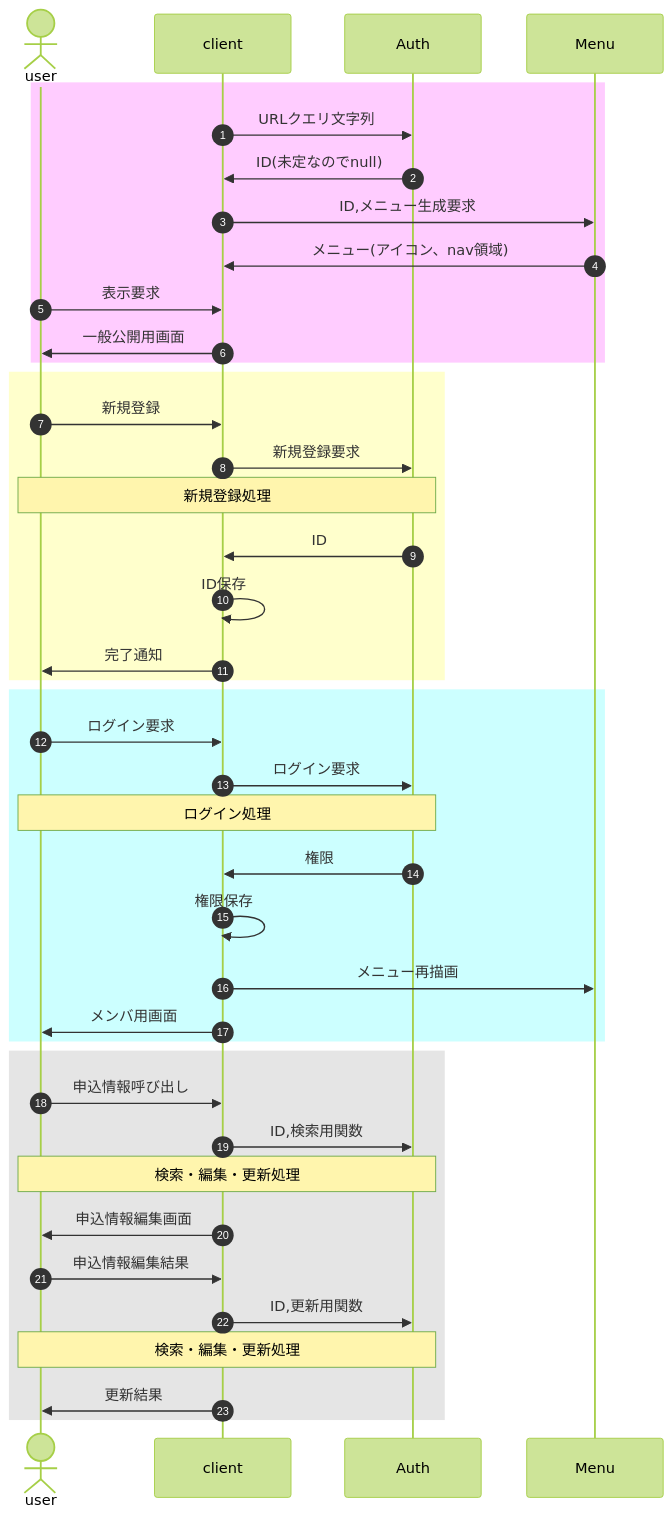
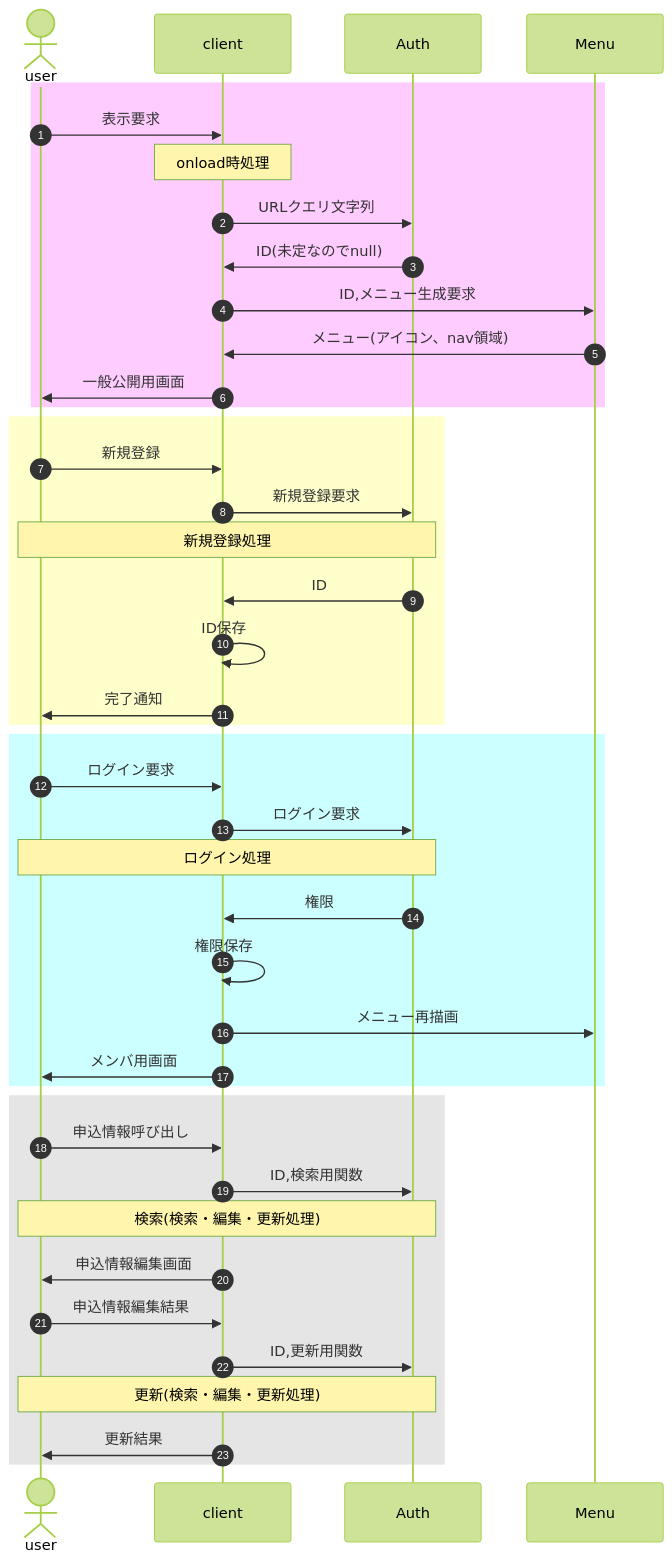
One commit to nakaone/library changed the diagram in Auth/2.0.0/doc/displayControl.md. Above: the diagram before and after it, drawn with Mermaid (forest theme). The commit also changed other lines of this file and 12 other files, not shown here.

````diff
--- a/Auth/2.0.0/doc/displayControl.md
+++ b/Auth/2.0.0/doc/displayControl.md
@@ -15,47 +15,48 @@
 ```mermaid
 sequenceDiagram
   autonumber
   actor user
   participant client
   participant Auth
   participant Menu
 
   rect rgba(255, 0, 255, 0.2)
+    user ->> client : 表示要求
+    Note over client : onload時処理
     client ->> Auth : URLクエリ文字列
     Auth ->> client : ID(未定なのでnull)
     client ->> Menu : ID,メニュー生成要求
     Menu ->> client : メニュー(アイコン、nav領域)
-    user ->> client : 表示要求
     client ->> user : 一般公開用画面
   end
 
   rect rgba(255, 255, 0, 0.2)
     user ->> client : 新規登録
     client ->> Auth : 新規登録要求
     Note over user,Auth : 新規登録処理
     Auth ->> client : ID
     client ->> client : ID保存
     client ->> user : 完了通知
   end
 
   rect rgba(0, 255, 255, 0.2)
     user ->> client : ログイン要求
     client ->> Auth : ログイン要求
     Note over user,Auth : ログイン処理
     Auth ->> client : 権限
     client ->> client : 権限保存
     client ->> Menu : メニュー再描画
     client ->> user : メンバ用画面
   end
 
   rect rgba(0,0,0,0.1)
     user ->> client : 申込情報呼び出し
     client ->> Auth : ID,検索用関数
-    Note over user,Auth : 検索・編集・更新処理
+    Note over user,Auth : 検索(検索・編集・更新処理)
     client ->> user : 申込情報編集画面
     user ->> client : 申込情報編集結果
     client ->> Auth : ID,更新用関数
-    Note over user,Auth : 検索・編集・更新処理
+    Note over user,Auth : 更新(検索・編集・更新処理)
     client ->> user : 更新結果
   end
 ```
````
